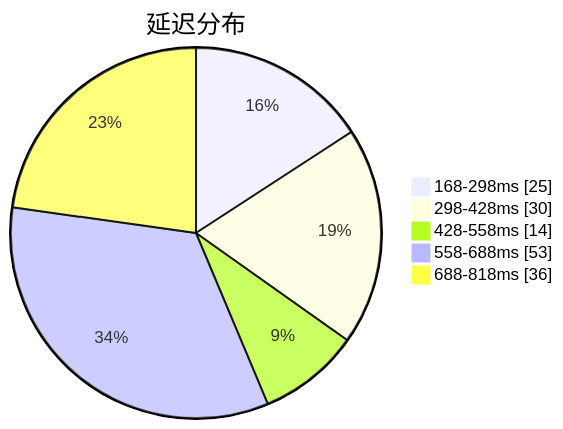
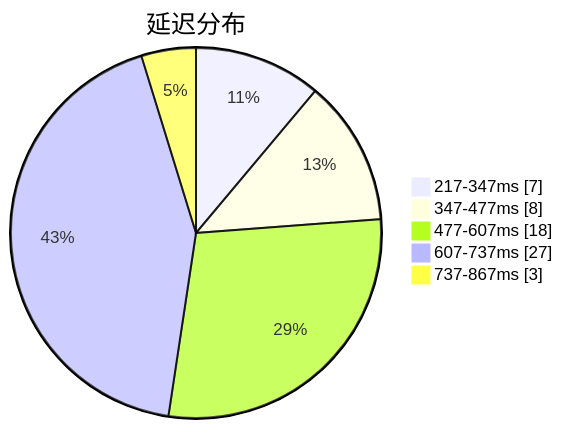
One commit to qjlxg/airport changed the first of 3 diagrams in subs/statistics/tested_within.md. Above: the diagram before and after it, drawn with Mermaid. The commit also changed other lines of this file and 2 other files, not shown here.

Commit message:
Tested by metaST

````diff
--- a/subs/statistics/tested_within.md
+++ b/subs/statistics/tested_within.md
@@ -2,9 +2,9 @@
 ```mermaid
 pie showData
 title 延迟分布
-"168-298ms" : 25
-"298-428ms" : 30
-"428-558ms" : 14
-"558-688ms" : 53
-"688-818ms" : 36
+"217-347ms" : 7
+"347-477ms" : 8
+"477-607ms" : 18
+"607-737ms" : 27
+"737-867ms" : 3
 ```
````
